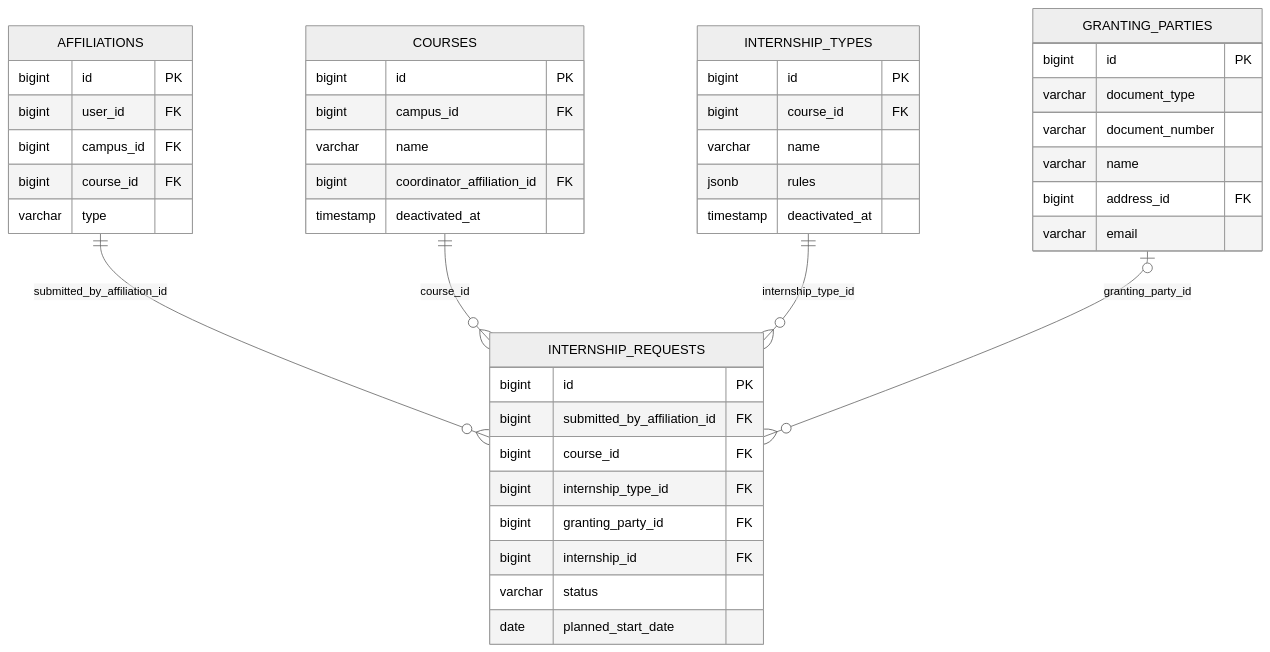
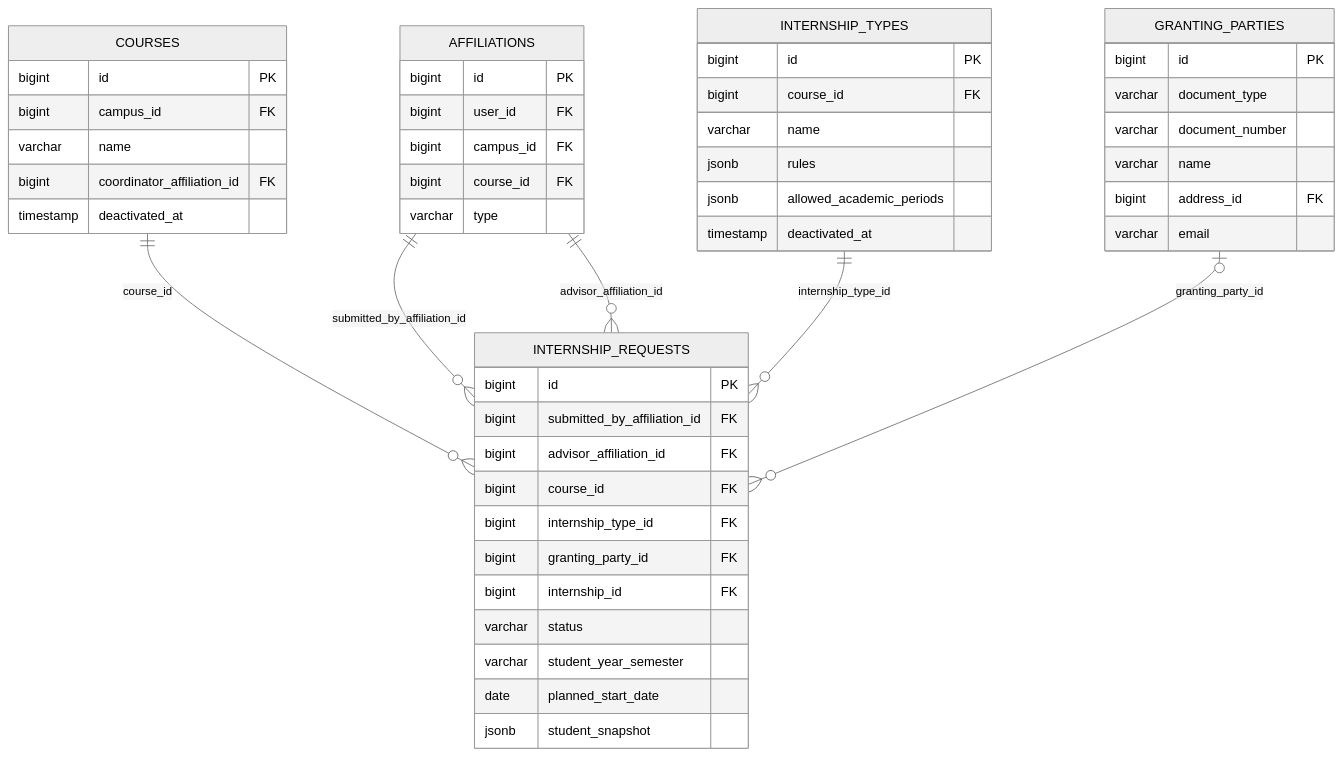
The diagram in docs/diagrams/sources/modelo-nucleo-solicitacao.mmd (sge-suite/docs), drawn with Mermaid (neutral theme) before and after one commit. The commit also changed 44 other files, not shown here.

```diff
--- a/docs/diagrams/sources/modelo-nucleo-solicitacao.mmd
+++ b/docs/diagrams/sources/modelo-nucleo-solicitacao.mmd
@@ -1,45 +1,50 @@
 erDiagram
     AFFILIATIONS ||--o{ INTERNSHIP_REQUESTS : submitted_by_affiliation_id
     COURSES ||--o{ INTERNSHIP_REQUESTS : course_id
     INTERNSHIP_TYPES ||--o{ INTERNSHIP_REQUESTS : internship_type_id
+    AFFILIATIONS ||--o{ INTERNSHIP_REQUESTS : advisor_affiliation_id
     GRANTING_PARTIES o|--o{ INTERNSHIP_REQUESTS : granting_party_id
 
     AFFILIATIONS {
         bigint id PK
         bigint user_id FK
         bigint campus_id FK
         bigint course_id FK
         varchar type
     }
     COURSES {
         bigint id PK
         bigint campus_id FK
         varchar name
         bigint coordinator_affiliation_id FK
         timestamp deactivated_at
     }
     INTERNSHIP_TYPES {
         bigint id PK
         bigint course_id FK
         varchar name
         jsonb rules
+        jsonb allowed_academic_periods
         timestamp deactivated_at
     }
     GRANTING_PARTIES {
         bigint id PK
         varchar document_type
         varchar document_number
         varchar name
         bigint address_id FK
         varchar email
     }
     INTERNSHIP_REQUESTS {
         bigint id PK
         bigint submitted_by_affiliation_id FK
+        bigint advisor_affiliation_id FK
         bigint course_id FK
         bigint internship_type_id FK
         bigint granting_party_id FK
         bigint internship_id FK
         varchar status
+        varchar student_year_semester
         date planned_start_date
+        jsonb student_snapshot
     }
```
